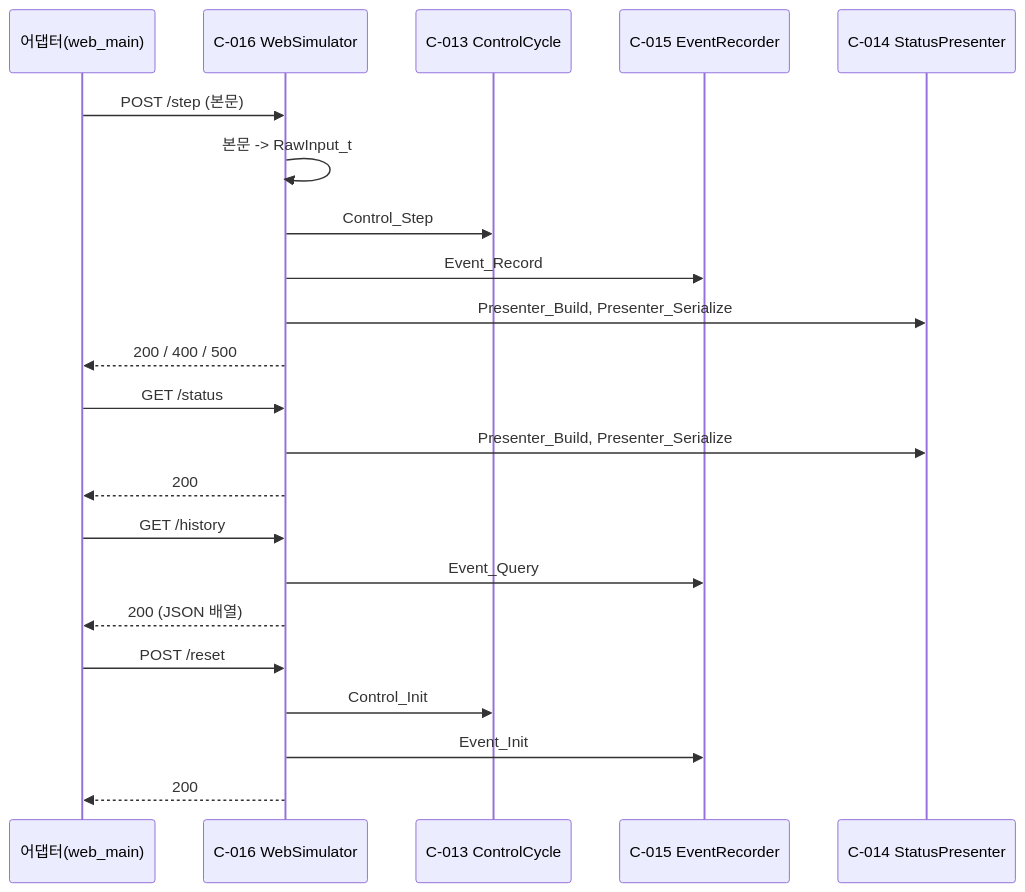
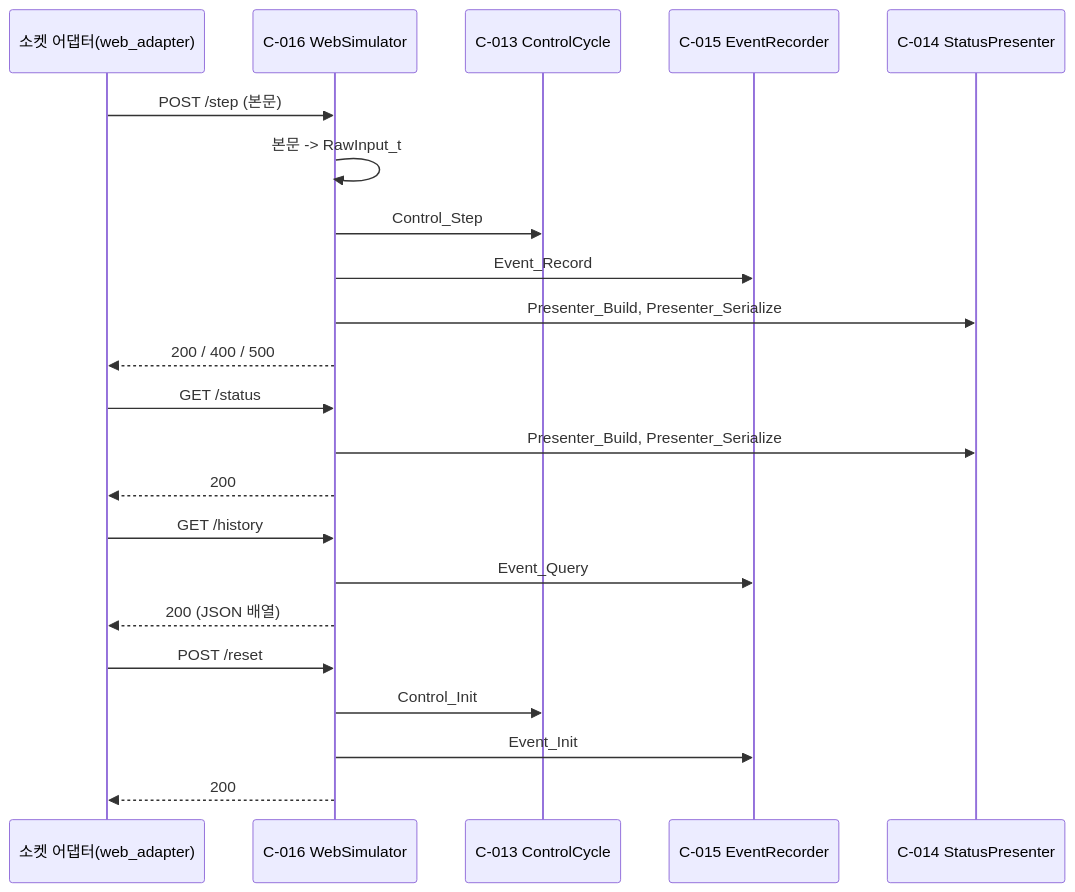
Before and after one commit to D2Papa/ClaudeClang: the second of 2 diagrams in docs/architecture/ARCH-iter2.md, drawn with Mermaid. The commit also changed other lines of this file and 3 other files, not shown here.

````diff
--- a/docs/architecture/ARCH-iter2.md
+++ b/docs/architecture/ARCH-iter2.md
@@ -55,24 +55,24 @@
 ```mermaid
 sequenceDiagram
-    participant H as 어댑터(web_main)
+    participant H as 소켓 어댑터(web_adapter)
     participant W as C-016 WebSimulator
     participant C as C-013 ControlCycle
     participant E as C-015 EventRecorder
     participant P as C-014 StatusPresenter
     H->>W: POST /step (본문)
     W->>W: 본문 -> RawInput_t
     W->>C: Control_Step
     W->>E: Event_Record
     W->>P: Presenter_Build, Presenter_Serialize
     W-->>H: 200 / 400 / 500
     H->>W: GET /status
     W->>P: Presenter_Build, Presenter_Serialize
     W-->>H: 200
     H->>W: GET /history
     W->>E: Event_Query
     W-->>H: 200 (JSON 배열)
     H->>W: POST /reset
     W->>C: Control_Init
     W->>E: Event_Init
     W-->>H: 200
 ```
````
